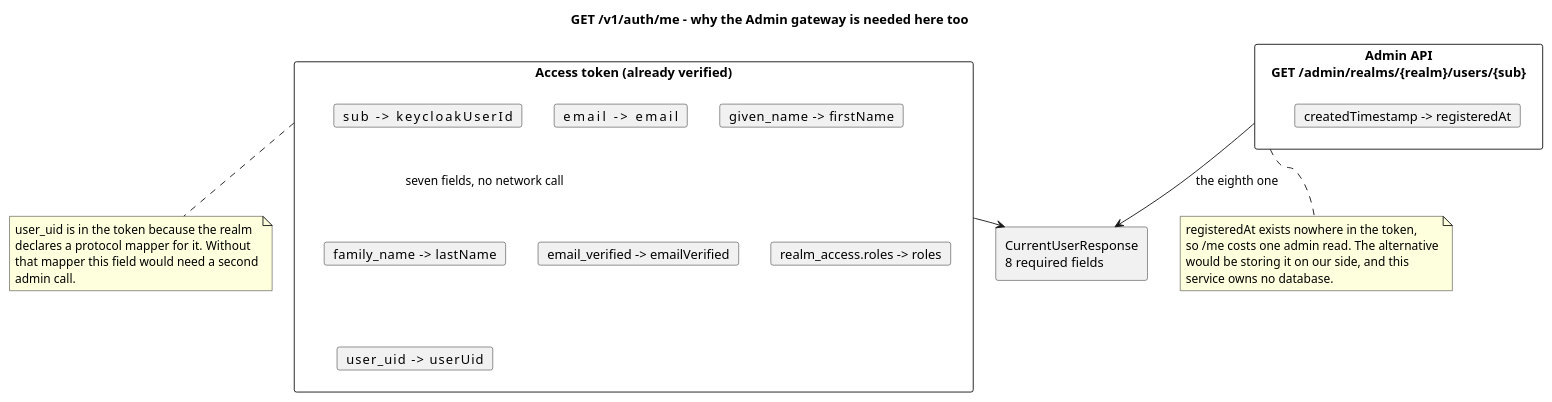
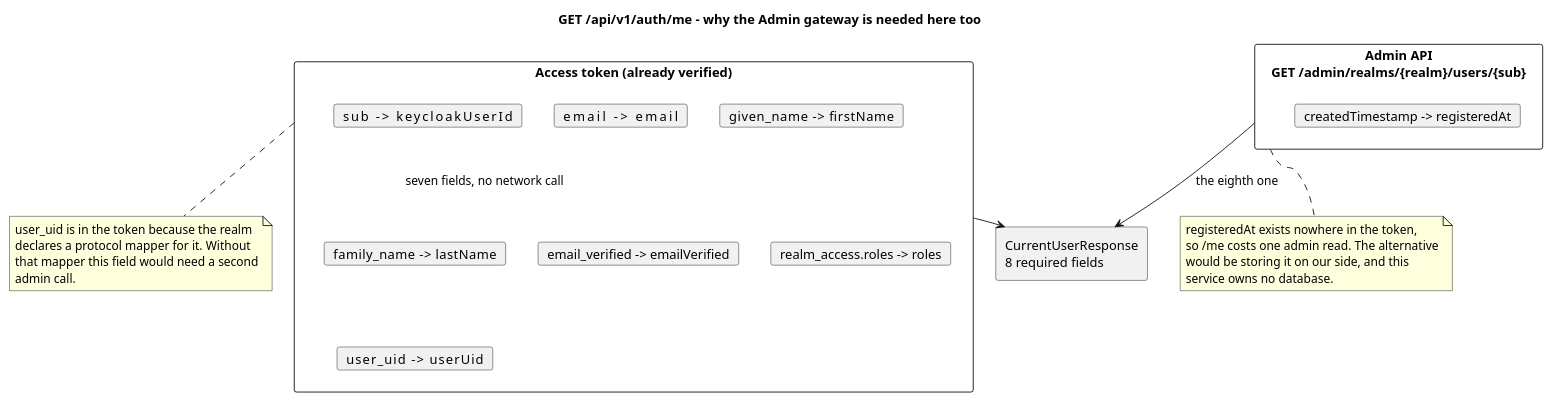
The third of 4 diagrams in docs/keycloak-admin-gateway.puml (dezxxx/payment-platform), drawn with PlantUML before and after one commit. The commit also changed 7 other files, not shown here.

```diff
--- a/docs/keycloak-admin-gateway.puml
+++ b/docs/keycloak-admin-gateway.puml
@@ -159,39 +159,39 @@
 @startuml admin-me
-title GET /v1/auth/me - why the Admin gateway is needed here too
+title GET /api/v1/auth/me - why the Admin gateway is needed here too
 
 skinparam shadowing false
 
 rectangle "Access token (already verified)" as Tok {
   card "sub            -> keycloakUserId" as c1
   card "email          -> email" as c2
   card "given_name     -> firstName" as c3
   card "family_name    -> lastName" as c4
   card "email_verified -> emailVerified" as c5
   card "realm_access.roles -> roles" as c6
   card "user_uid       -> userUid" as c7
 }
 
 rectangle "Admin API\nGET /admin/realms/{realm}/users/{sub}" as Adm {
   card "createdTimestamp -> registeredAt" as c8
 }
 
 rectangle "CurrentUserResponse\n8 required fields" as Out
 
 Tok --> Out : seven fields, no network call
 Adm --> Out : the eighth one
 
 note bottom of Tok
   user_uid is in the token because the realm
   declares a protocol mapper for it. Without
   that mapper this field would need a second
   admin call.
 end note
 
 note bottom of Adm
   registeredAt exists nowhere in the token,
   so /me costs one admin read. The alternative
   would be storing it on our side, and this
   service owns no database.
 end note
 
 @enduml
```
